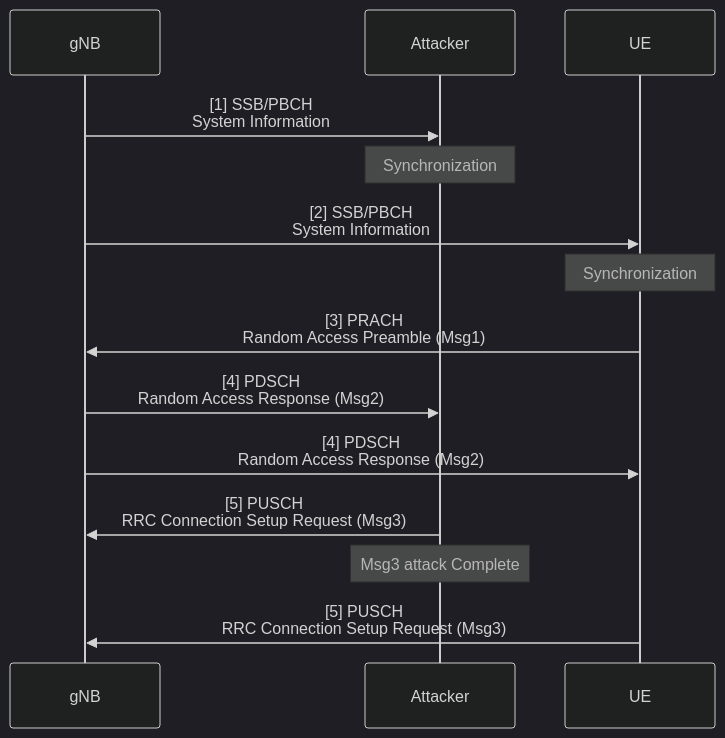
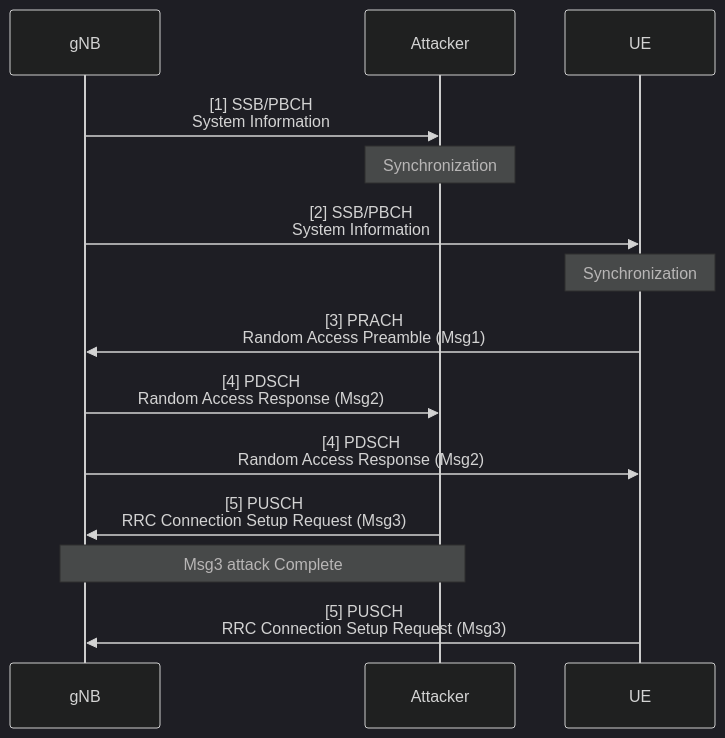
Before and after one commit to bmw-ece-ntust/wilfrid-prach-attack-analysis: the first of 3 diagrams in docs/Thesis (Basic Msg3 Model).md, drawn with Mermaid (dark theme).

Commit message:
Update Thesis (Basic Msg3 Model).md

````diff
--- a/docs/Thesis (Basic Msg3 Model).md
+++ b/docs/Thesis (Basic Msg3 Model).md
@@ -21,13 +21,13 @@
 ```mermaid
 sequenceDiagram
     gNB->>Attacker: [1] SSB/PBCH<br/>System Information
     Note over Attacker: Synchronization
     gNB->>UE: [2] SSB/PBCH<br/>System Information
     Note over UE: Synchronization
     UE->>gNB: [3] PRACH<br/>Random Access Preamble (Msg1)
     gNB->>Attacker: [4] PDSCH<br/>Random Access Response (Msg2)
     gNB->>UE: [4] PDSCH<br/>Random Access Response (Msg2)
     Attacker->>gNB: [5] PUSCH<br/>RRC Connection Setup Request (Msg3)
-    Note over Attacker: Msg3 attack Complete
+    Note over gNB, Attacker: Msg3 attack Complete
     UE->>gNB: [5] PUSCH<br/>RRC Connection Setup Request (Msg3)
 ```
````
